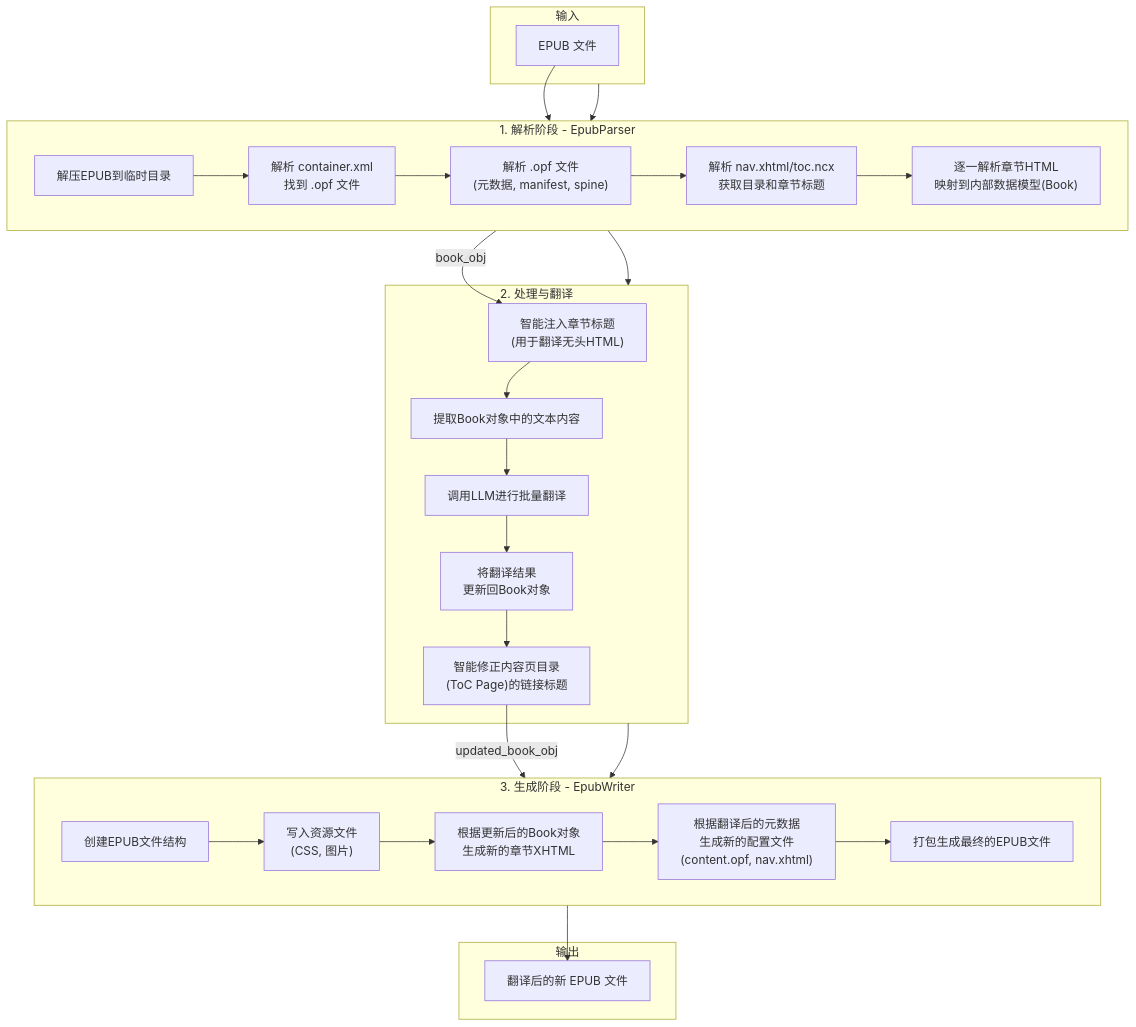
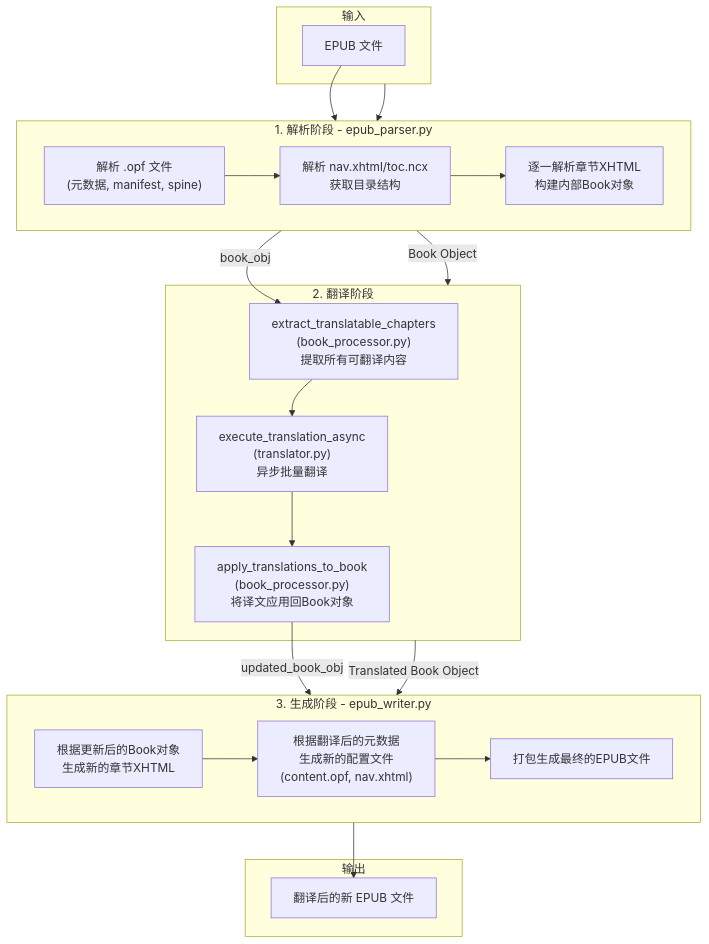
Before and after one commit to kuniyao/MultiMediaGenAI: the first of 2 diagrams in README.md, drawn with Mermaid. The commit also changed other lines of this file and 3 other files, not shown here.

Commit message:
新增文档说明项目三条工作流，以模块化详解的方式展开，快速定位信息并理解代码设计意图。方便迭代/修改时能够准确定位修改位置，避免覆盖已有表现优秀功能。

````diff
--- a/README.md
+++ b/README.md
@@ -74,43 +78,37 @@
 ```mermaid
 graph TD;
     subgraph Input [输入]
         A[EPUB 文件]
     end
 
-    subgraph Parsing [1. 解析阶段 - EpubParser]
+    subgraph Parsing [1. 解析阶段 - epub_parser.py]
         direction LR
-        B1["解压EPUB到临时目录"]
-        B2["解析 container.xml<br>找到 .opf 文件"]
-        B3["解析 .opf 文件<br>(元数据, manifest, spine)"]
-        B4["解析 nav.xhtml/toc.ncx<br>获取目录和章节标题"]
-        B5["逐一解析章节HTML<br>映射到内部数据模型(Book)"]
+        B1["解析 .opf 文件<br>(元数据, manifest, spine)"]
+        B2["解析 nav.xhtml/toc.ncx<br>获取目录结构"]
+        B3["逐一解析章节XHTML<br>构建内部Book对象"]
     end
 
-    subgraph Processing [2. 处理与翻译]
-        C0["智能注入章节标题<br>(用于翻译无头HTML)"]
-        C1["提取Book对象中的文本内容"]
-        C2["调用LLM进行批量翻译"]
-        C3["将翻译结果<br>更新回Book对象"]
-        C4["智能修正内容页目录<br>(ToC Page)的链接标题"]
+    subgraph Processing [2. 翻译阶段]
+        C1["extract_translatable_chapters<br>(book_processor.py)<br>提取所有可翻译内容"]
+        C2["execute_translation_async<br>(translator.py)<br>异步批量翻译"]
+        C3["apply_translations_to_book<br>(book_processor.py)<br>将译文应用回Book对象"]
     end
 
-    subgraph Writing [3. 生成阶段 - EpubWriter]
+    subgraph Writing [3. 生成阶段 - epub_writer.py]
         direction LR
-        D1["创建EPUB文件结构"]
-        D2["写入资源文件<br>(CSS, 图片)"]
-        D3["根据更新后的Book对象<br>生成新的章节XHTML"]
-        D4["根据翻译后的元数据<br>生成新的配置文件<br>(content.opf, nav.xhtml)"]
-        D5["打包生成最终的EPUB文件"]
+        D1["根据更新后的Book对象<br>生成新的章节XHTML"]
+        D2["根据翻译后的元数据<br>生成新的配置文件<br>(content.opf, nav.xhtml)"]
+        D3["打包生成最终的EPUB文件"]
     end
 
     Input --> Parsing;
-    A --> B1 --> B2 --> B3 --> B4 --> B5;
-    Parsing --> Processing;
-    B5 -- book_obj --> C0 --> C1 --> C2 --> C3 --> C4;
-    Processing --> Writing;
-    C4 -- updated_book_obj --> D1 --> D2 --> D3 --> D4 --> D5;
+    A --> B1 --> B2 --> B3;
+    Parsing -- Book Object --> Processing;
+    B3 -- book_obj --> C1 --> C2 --> C3;
+    Processing -- Translated Book Object --> Writing;
+    C3 -- updated_book_obj --> D1 --> D2 --> D3;
     subgraph Output [输出]
         E[翻译后的新 EPUB 文件]
     end
-    D5 --> E;
+    D3 --> E;
 ```
````
